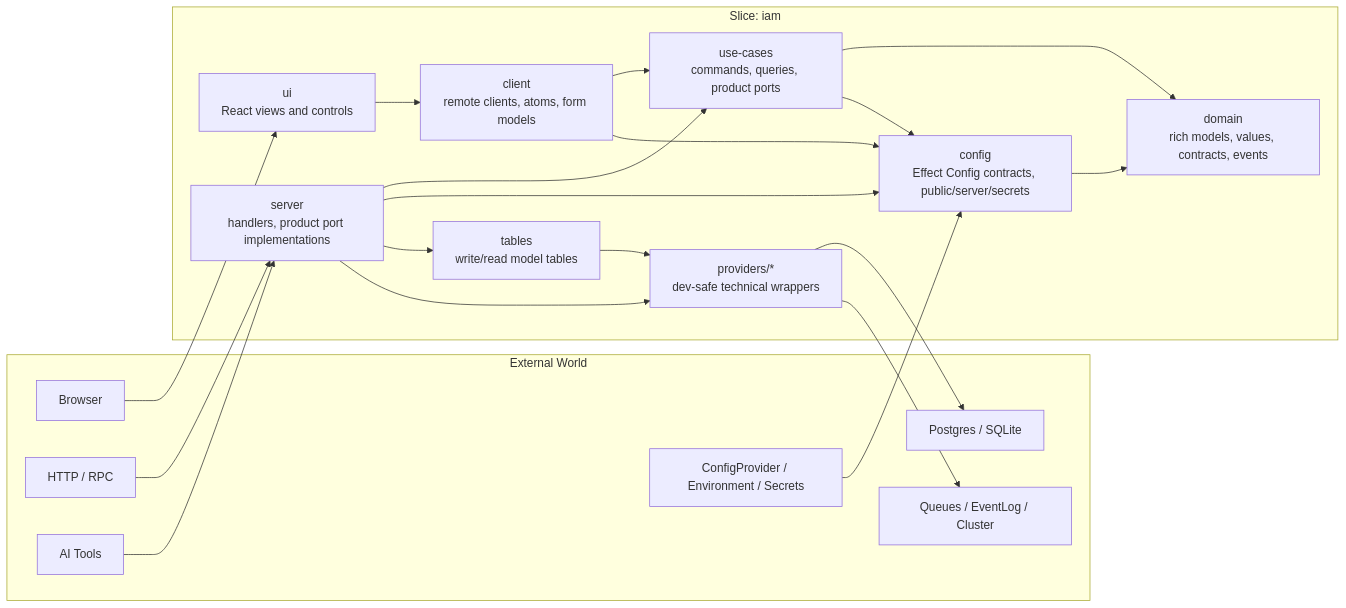
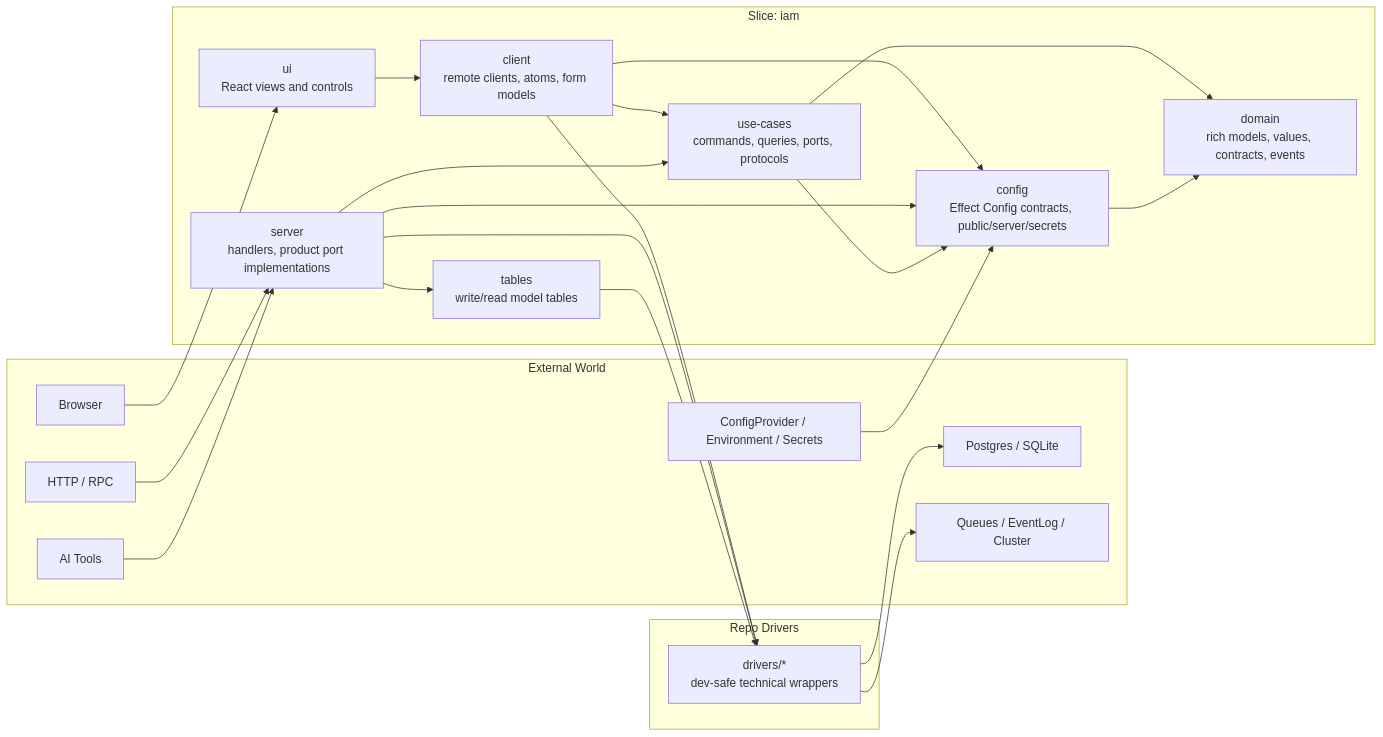
One commit to kriegcloud/beep-effect changed the second of 6 diagrams in standards/ARCHITECTURE.md. Above: the diagram before and after it, drawn with Mermaid. The commit also changed other lines of this file and 12 other files, not shown here.

````diff
--- a/standards/ARCHITECTURE.md
+++ b/standards/ARCHITECTURE.md
@@ -229,36 +479,40 @@
 ```mermaid
 flowchart LR
   subgraph outside["External World"]
     browser["Browser"]
     http["HTTP / RPC"]
     ai["AI Tools"]
     db["Postgres / SQLite"]
     queue["Queues / EventLog / Cluster"]
     configSource["ConfigProvider / Environment / Secrets"]
   end
 
   subgraph slice["Slice: iam"]
     domain["domain\nrich models, values, contracts, events"]
-    usecases["use-cases\ncommands, queries, product ports"]
+    usecases["use-cases\ncommands, queries, ports, protocols"]
     config["config\nEffect Config contracts, public/server/secrets"]
     server["server\nhandlers, product port implementations"]
     client["client\nremote clients, atoms, form models"]
     tables["tables\nwrite/read model tables"]
     ui["ui\nReact views and controls"]
-    providers["providers/*\ndev-safe technical wrappers"]
+  end
+
+  subgraph repo["Repo Drivers"]
+    drivers["drivers/*\ndev-safe technical wrappers"]
   end
 
   browser --> ui --> client --> usecases --> domain
   client --> config
+  client --> drivers
   http --> server --> usecases
   ai --> server
   server --> config
   usecases --> config
   config --> domain
   configSource --> config
   server --> tables
-  server --> providers
-  tables --> providers
-  providers --> db
-  providers --> queue
+  server --> drivers
+  tables --> drivers
+  drivers --> db
+  drivers --> queue
 ```
````
